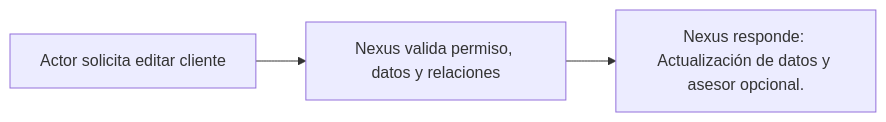
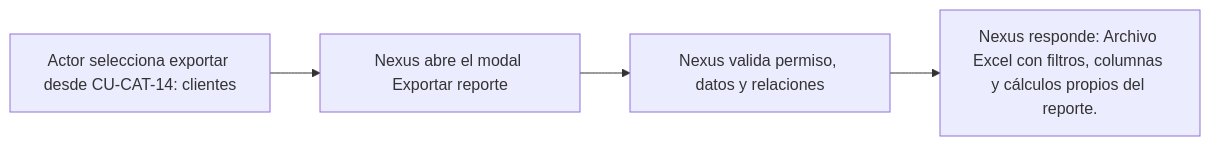
Before and after one commit to gpgsistemas01/nexus: the diagram in docs/requirements/diagrams/catalogs/cu-cat-17.md, drawn with Mermaid. The commit also changed other lines of this file and 207 other files, not shown here.

````diff
--- a/docs/requirements/diagrams/catalogs/cu-cat-17.md
+++ b/docs/requirements/diagrams/catalogs/cu-cat-17.md
@@ -3,5 +3,6 @@
 ```mermaid
 flowchart LR
-    request["Actor solicita editar cliente"] --> validate["Nexus valida permiso, datos y relaciones"]
-    validate --> result["Nexus responde: Actualización de datos y asesor opcional."]
+    request["Actor selecciona exportar desde CU-CAT-14: clientes"] --> modal["Nexus abre el modal Exportar reporte"]
+    modal --> validate["Nexus valida permiso, datos y relaciones"]
+    validate --> result["Nexus responde: Archivo Excel con filtros, columnas y cálculos propios del reporte."]
 ```
````
